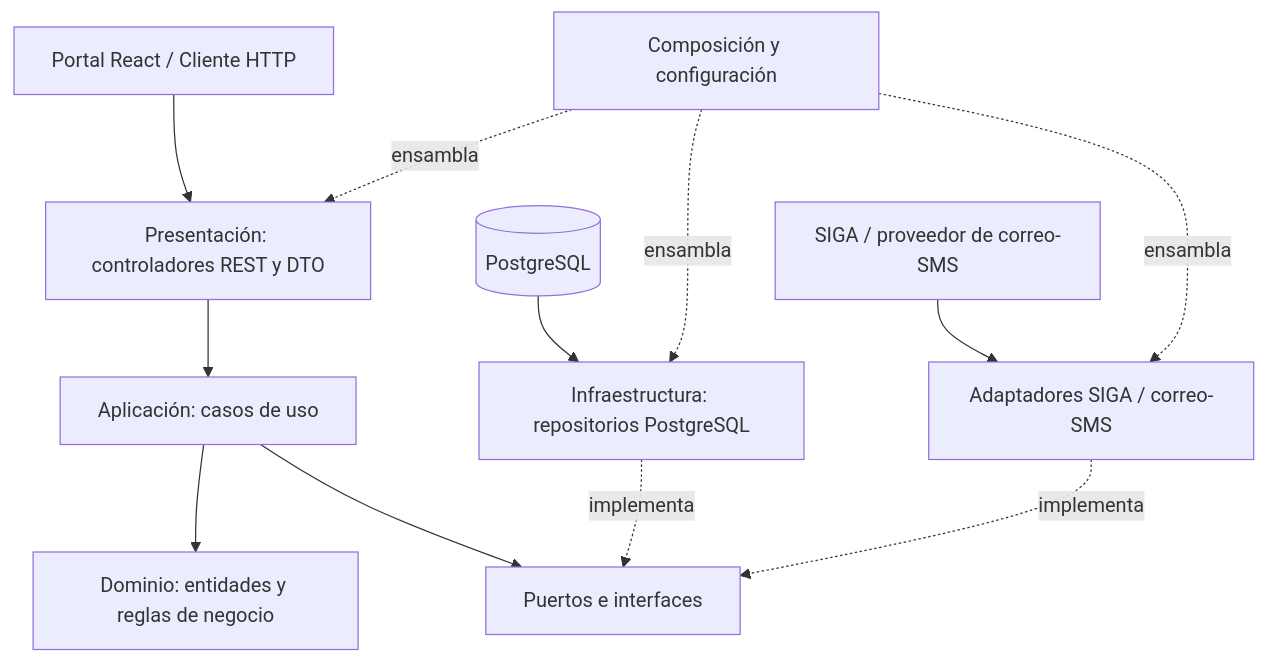
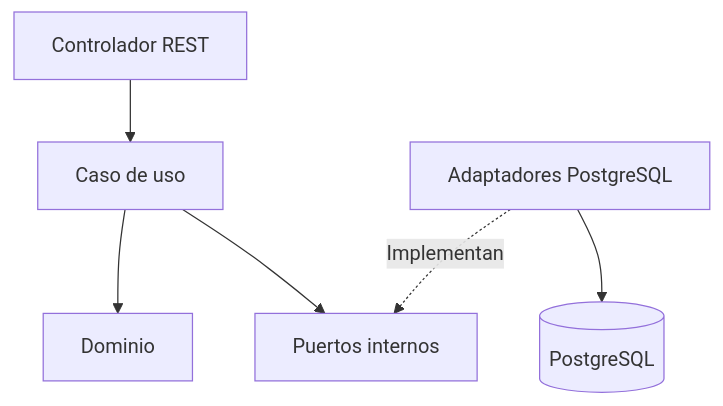
One commit to Jhoncode987/Sistema-de-Gestion-y-Publicacion-Practicas-Preprofesionales changed the diagram in docs/02-arquitectura/enfoque/enfoque-arquitectonico.md. Above: the diagram before and after it, drawn with Mermaid. The commit also changed other lines of this file and 16 other files, not shown here.

````diff
--- a/docs/02-arquitectura/enfoque/enfoque-arquitectonico.md
+++ b/docs/02-arquitectura/enfoque/enfoque-arquitectonico.md
@@ -46,14 +18,8 @@
-```mermaid
+~~~mermaid
 flowchart TB
-    UI["Portal React / Cliente HTTP"] --> CTRL["Presentación: controladores REST y DTO"]
-    CTRL --> UC["Aplicación: casos de uso"]
-    UC --> ENT["Dominio: entidades y reglas de negocio"]
-    UC --> PORT["Puertos e interfaces"]
-    REPO["Infraestructura: repositorios PostgreSQL"] -. implementa .-> PORT
-    ADAPT["Adaptadores SIGA / correo-SMS"] -. implementa .-> PORT
-    DB[(PostgreSQL)] --> REPO
-    EXTAPI["SIGA / proveedor de correo-SMS"] --> ADAPT
-    CONFIG["Composición y configuración"] -. ensambla .-> CTRL
-    CONFIG -. ensambla .-> REPO
-    CONFIG -. ensambla .-> ADAPT
-```
+    C["Controlador REST"] --> U["Caso de uso"]
+    U --> D["Dominio"]
+    U --> P["Puertos internos"]
+    A["Adaptadores PostgreSQL"] -.->|"Implementan"| P
+    A --> DB[("PostgreSQL")]
+~~~
````
